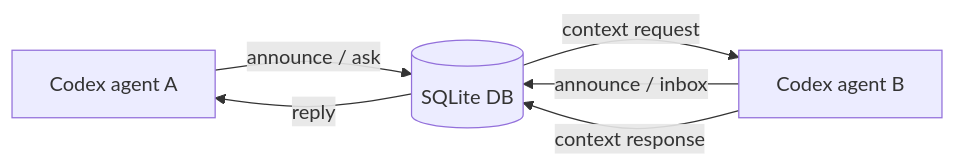
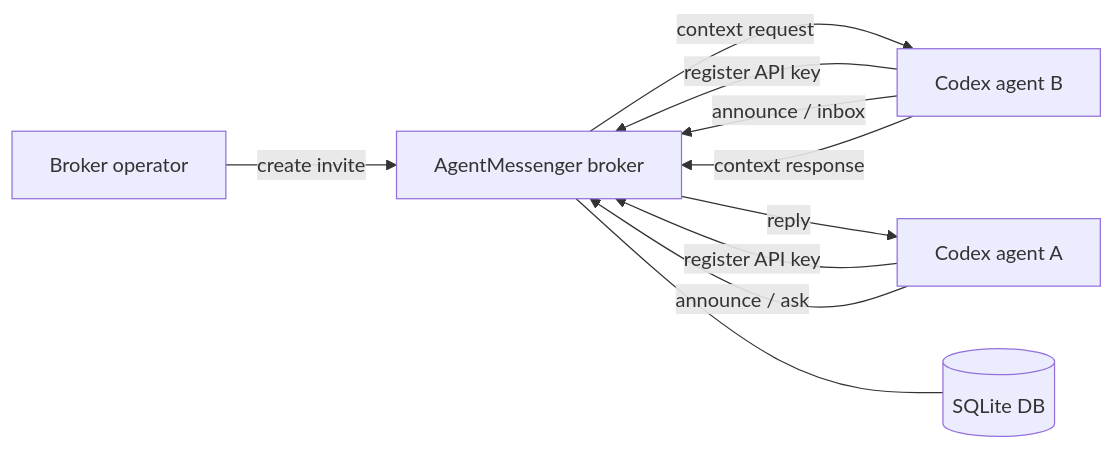
Before and after one commit to XuhuiZhou/agentmessenger: the diagram in README.md, drawn with Mermaid. The commit also changed other lines of this file and 6 other files, not shown here.

Commit message:
Add invite-based agent identities

````diff
--- a/README.md
+++ b/README.md
@@ -24,9 +26,12 @@
 ```mermaid
 flowchart LR
-    A["Codex agent A"] -->|"announce / ask"| B["AgentMessenger broker"]
-    C["Codex agent B"] -->|"announce / inbox"| B
+    O["Broker operator"] -->|"create invite"| B["AgentMessenger broker"]
+    A["Codex agent A"] -->|"register API key"| B
+    C["Codex agent B"] -->|"register API key"| B
+    A -->|"announce / ask"| B
+    C -->|"announce / inbox"| B
     B -->|"context request"| C
     C -->|"context response"| B
     B -->|"reply"| A
-    B[(SQLite DB)]
+    B --- D[(SQLite DB)]
 ```
````
